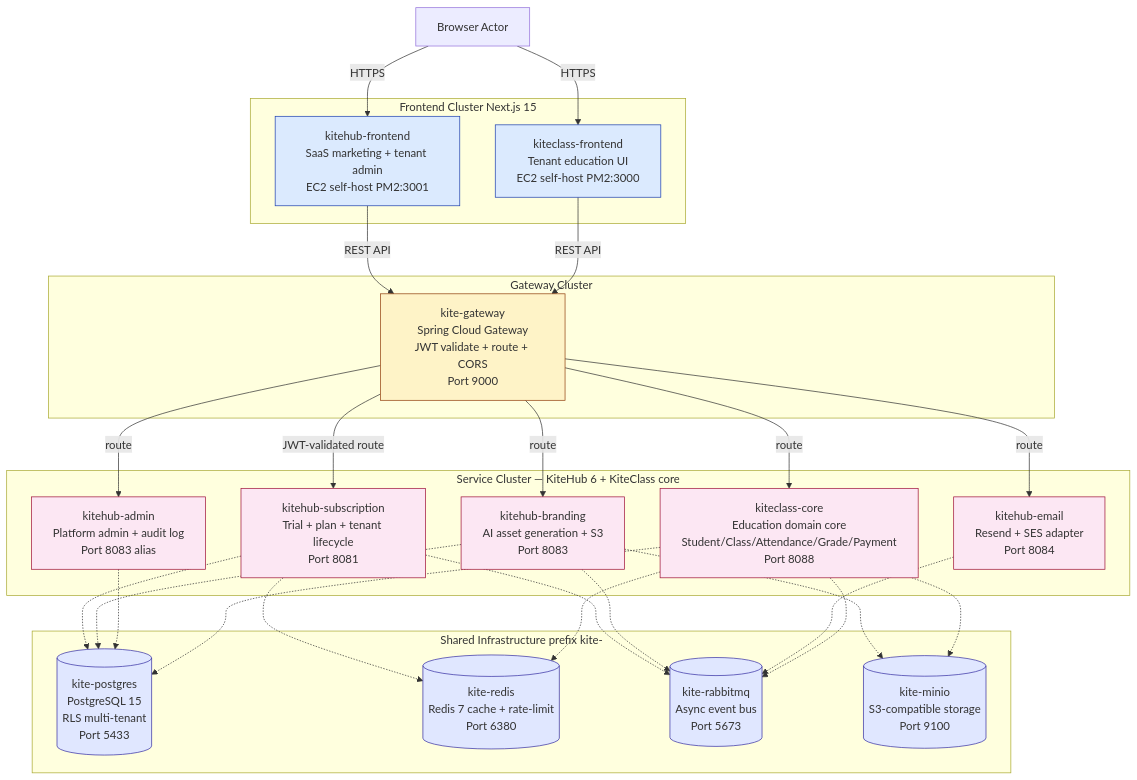
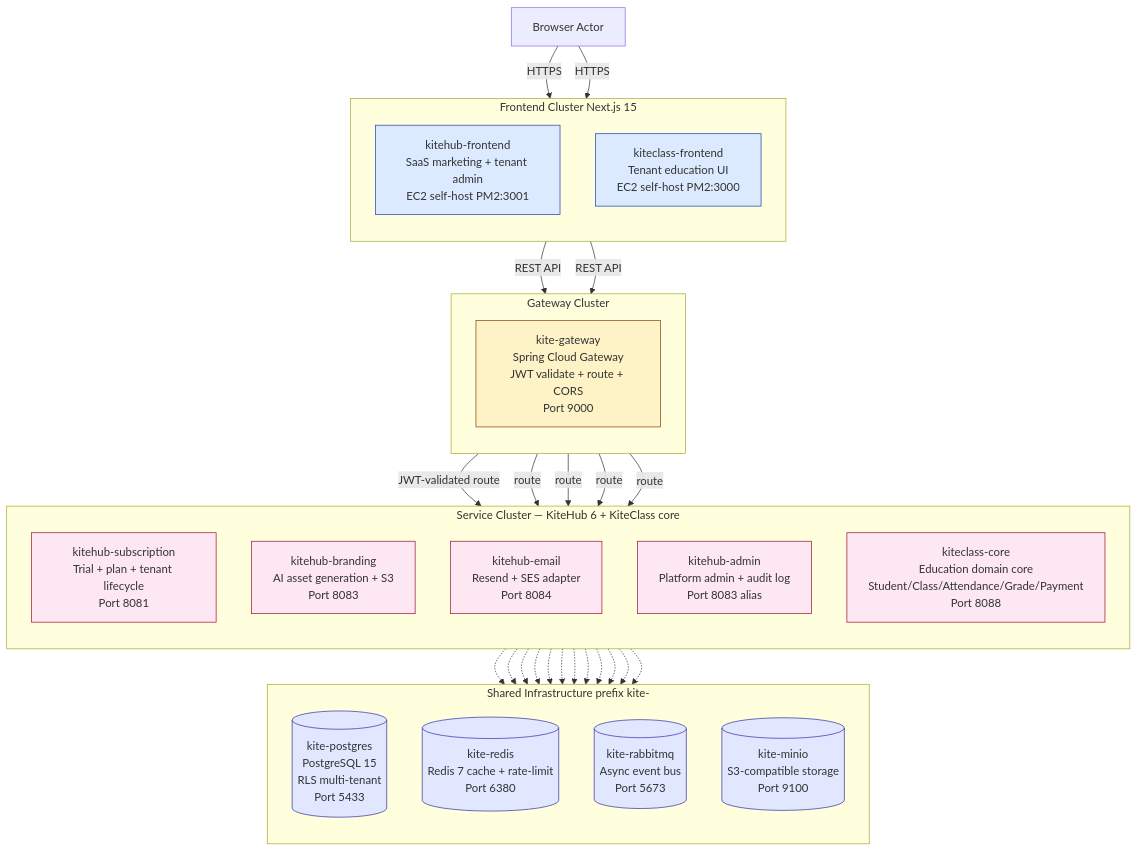
One commit to VictorAurelius/2026-Kite-Class-Platform changed the second of 8 diagrams in documents/08-thesis/chapter-2-system-architecture.md. Above: the diagram before and after it, drawn with Mermaid. The commit also changed 2 other files, not shown here.

````diff
--- a/documents/08-thesis/chapter-2-system-architecture.md
+++ b/documents/08-thesis/chapter-2-system-architecture.md
@@ -251,60 +251,64 @@
 ```mermaid
 flowchart TB
     User[Browser Actor]
 
     subgraph FrontendCluster["Frontend Cluster Next.js 15"]
+        direction TB
         KHF[kitehub-frontend<br/>SaaS marketing + tenant admin<br/>EC2 self-host PM2:3001]
         KCF[kiteclass-frontend<br/>Tenant education UI<br/>EC2 self-host PM2:3000]
     end
 
     subgraph GatewayCluster["Gateway Cluster"]
+        direction TB
         GW[kite-gateway<br/>Spring Cloud Gateway<br/>JWT validate + route + CORS<br/>Port 9000]
     end
 
     subgraph ServiceCluster["Service Cluster — KiteHub 6 + KiteClass core"]
+        direction TB
         KHS[kitehub-subscription<br/>Trial + plan + tenant lifecycle<br/>Port 8081]
         KHB[kitehub-branding<br/>AI asset generation + S3<br/>Port 8083]
         KHE[kitehub-email<br/>Resend + SES adapter<br/>Port 8084]
         KHA[kitehub-admin<br/>Platform admin + audit log<br/>Port 8083 alias]
         KCC[kiteclass-core<br/>Education domain core<br/>Student/Class/Attendance/Grade/Payment<br/>Port 8088]
     end
 
     subgraph InfraCluster["Shared Infrastructure prefix kite-"]
+        direction TB
         PG[(kite-postgres<br/>PostgreSQL 15<br/>RLS multi-tenant<br/>Port 5433)]
         RD[(kite-redis<br/>Redis 7 cache + rate-limit<br/>Port 6380)]
         MQ[(kite-rabbitmq<br/>Async event bus<br/>Port 5673)]
         MN[(kite-minio<br/>S3-compatible storage<br/>Port 9100)]
     end
 
     User -->|HTTPS| KHF
     User -->|HTTPS| KCF
     KHF -->|REST API| GW
     KCF -->|REST API| GW
     GW -->|JWT-validated route| KHS
     GW -->|route| KHB
     GW -->|route| KHE
     GW -->|route| KHA
     GW -->|route| KCC
 
     KHS -.-> PG
     KHS -.-> RD
     KHS -.-> MQ
     KHB -.-> PG
     KHB -.-> MN
     KHB -.-> MQ
     KHE -.-> MQ
     KHA -.-> PG
     KCC -.-> PG
     KCC -.-> RD
     KCC -.-> MQ
     KCC -.-> MN
 
     classDef frontend fill:#dbeafe,stroke:#1e40af
     classDef gateway fill:#fef3c7,stroke:#92400e
     classDef service fill:#fce7f3,stroke:#9f1239
     classDef infra fill:#e0e7ff,stroke:#3730a3
     class KHF,KCF frontend
     class GW gateway
     class KHS,KHB,KHE,KHA,KCC service
     class PG,RD,MQ,MN infra
 ```
````
